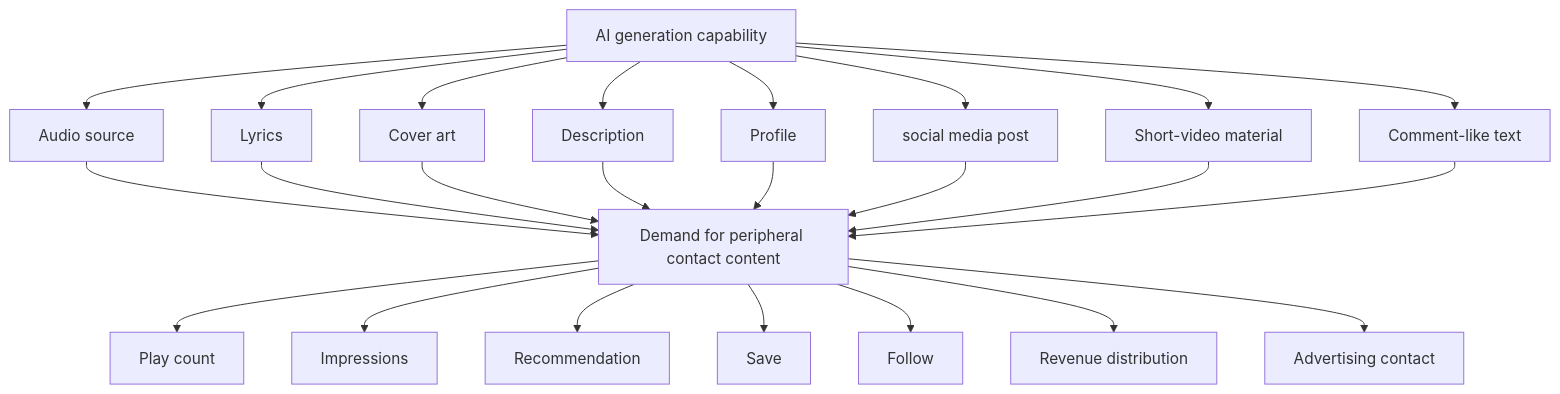
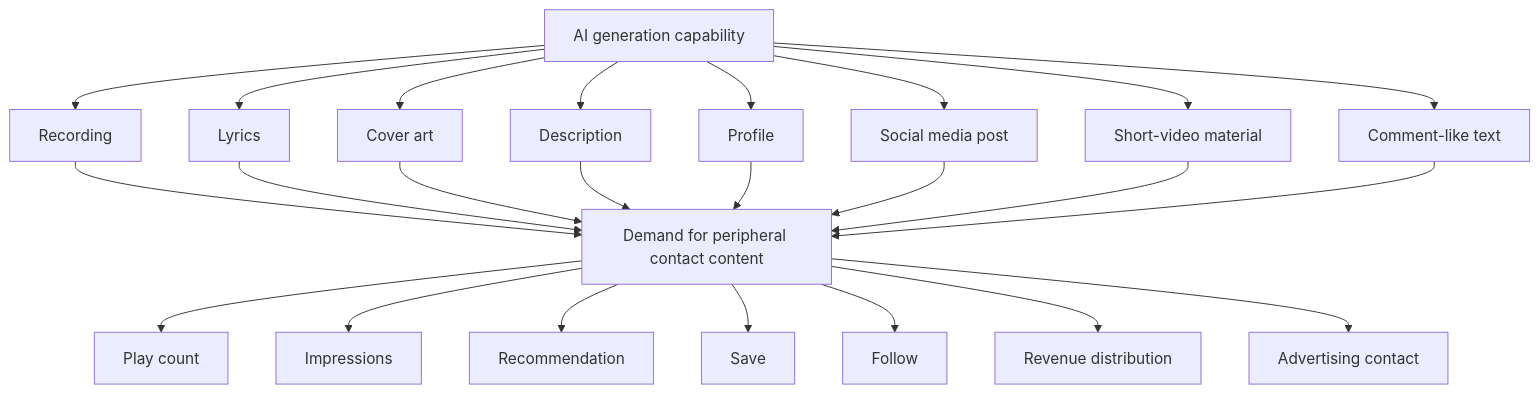
The second of 2 diagrams in reports/en/009_ai_slop_revenue_model.md (kuroam/hss-observation-reports), drawn with Mermaid before and after one commit.

Commit message:
Clean up Mermaid labels in revenue model report

````diff
--- a/reports/en/009_ai_slop_revenue_model.md
+++ b/reports/en/009_ai_slop_revenue_model.md
@@ -372,48 +372,48 @@
 ```mermaid
 flowchart TD
   AI[AI generation capability]
-  S1[Audio source]
+  S1[Recording]
   S2[Lyrics]
   S3[Cover art]
   S4[Description]
   S5[Profile]
-  S6[social media post]
+  S6[Social media post]
   S7[Short-video material]
   S8[Comment-like text]
 
   D[Demand for peripheral contact content]
 
   M1[Play count]
   M2[Impressions]
   M3[Recommendation]
   M4[Save]
   M5[Follow]
   M6[Revenue distribution]
   M7[Advertising contact]
 
   AI --> S1
   AI --> S2
   AI --> S3
   AI --> S4
   AI --> S5
   AI --> S6
   AI --> S7
   AI --> S8
 
   S1 --> D
   S2 --> D
   S3 --> D
   S4 --> D
   S5 --> D
   S6 --> D
   S7 --> D
   S8 --> D
 
   D --> M1
   D --> M2
   D --> M3
   D --> M4
   D --> M5
   D --> M6
   D --> M7
 ```
````
